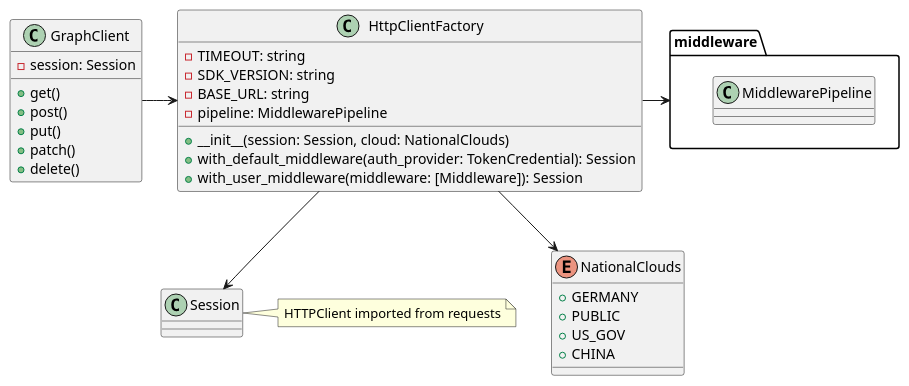
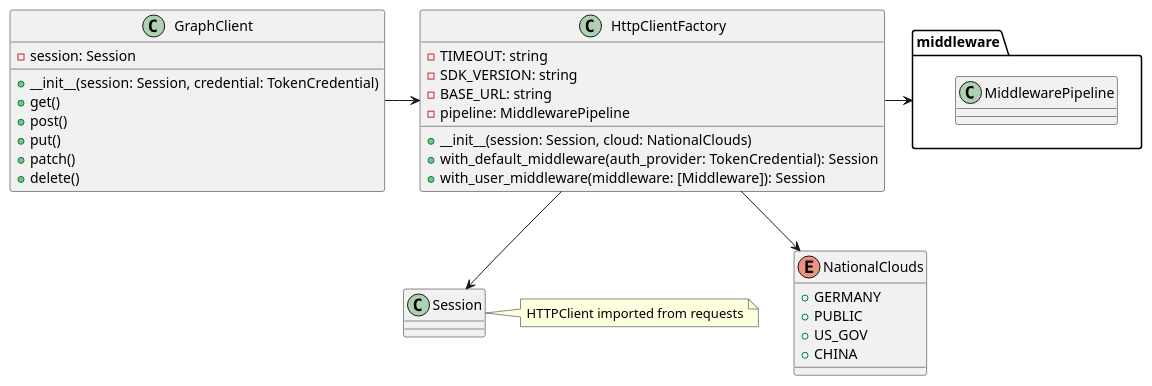
Before and after one commit to microsoftgraph/msgraph-sdk-python-core: the diagram in docs/design/client_factory.puml, drawn with PlantUML.

Commit message:
Update GraphClient constructor

```diff
--- a/docs/design/client_factory.puml
+++ b/docs/design/client_factory.puml
@@ -1,44 +1,45 @@
 @startuml ClientFactory
 enum NationalClouds {
   +GERMANY
   +PUBLIC
   +US_GOV
   +CHINA
 }
 
 class HttpClientFactory {
   -TIMEOUT: string
   -SDK_VERSION: string
   -BASE_URL: string
   -pipeline: MiddlewarePipeline
 
   +__init__(session: Session, cloud: NationalClouds)
   +with_default_middleware(auth_provider: TokenCredential): Session
   +with_user_middleware(middleware: [Middleware]): Session
 }
 
 
 class Session {}
 
 class GraphClient {
   -session: Session
 
+  +__init__(session: Session, credential: TokenCredential)
   +get()
   +post()
   +put()
   +patch()
   +delete()
 }
 
 package "middleware" {
   class MiddlewarePipeline {}
 }
 
 HttpClientFactory --> NationalClouds
 HttpClientFactory -right-> middleware
 HttpClientFactory --> Session
 
 GraphClient -right-> HttpClientFactory
 
 note right of Session: HTTPClient imported from requests
 @enduml
```
